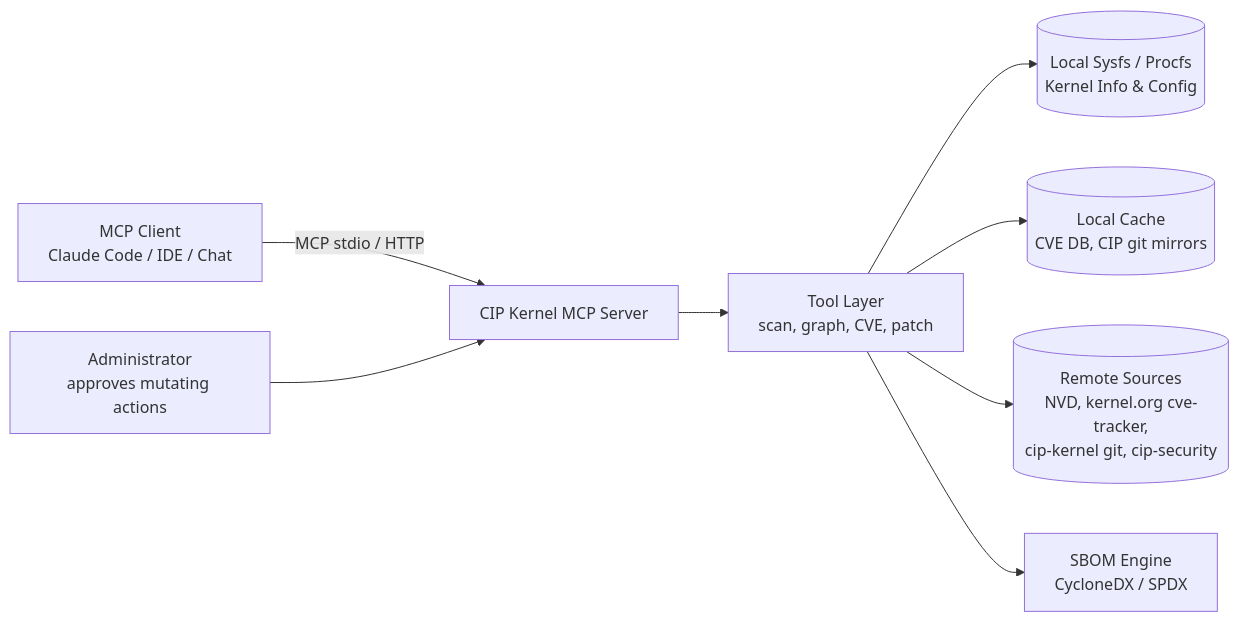
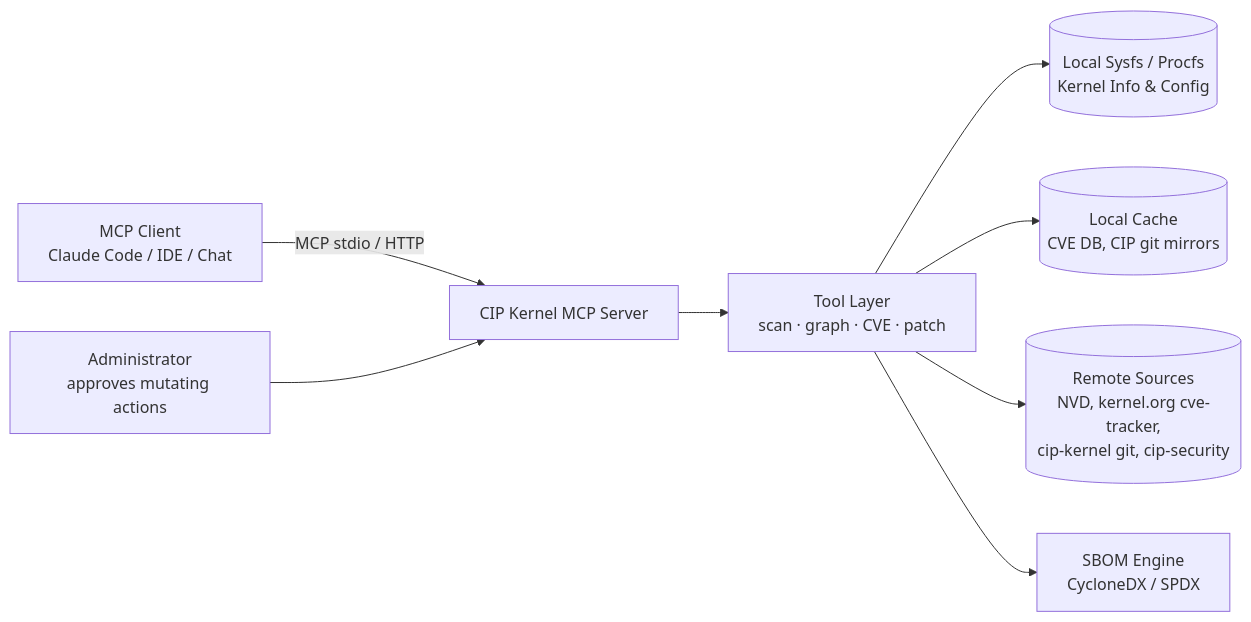
Before and after one commit to 0x00000109/cip-kernel-mcp-server: the diagram in README.md, drawn with Mermaid. The commit also changed other lines of this file and 3 other files, not shown here.

````diff
--- a/README.md
+++ b/README.md
@@ -44,10 +44,10 @@
 ```mermaid
 flowchart LR
-    A[MCP Client\nClaude Code / IDE / Chat] -->|MCP stdio / HTTP| B[CIP Kernel MCP Server]
-    B --> C[Tool Layer\nscan, graph, CVE, patch]
-    C --> D[(Local Sysfs / Procfs\nKernel Info & Config)]
-    C --> E[(Local Cache\nCVE DB, CIP git mirrors)]
-    C --> F[(Remote Sources\nNVD, kernel.org cve-tracker,\ncip-kernel git, cip-security)]
-    C --> G[SBOM Engine\nCycloneDX / SPDX]
-    H[Administrator\napproves mutating actions] --> B
+    A["MCP Client<br/>Claude Code / IDE / Chat"] -->|MCP stdio / HTTP| B["CIP Kernel MCP Server"]
+    B --> C["Tool Layer<br/>scan · graph · CVE · patch"]
+    C --> D[("Local Sysfs / Procfs<br/>Kernel Info & Config")]
+    C --> E[("Local Cache<br/>CVE DB, CIP git mirrors")]
+    C --> F[("Remote Sources<br/>NVD, kernel.org cve-tracker,<br/>cip-kernel git, cip-security")]
+    C --> G["SBOM Engine<br/>CycloneDX / SPDX"]
+    H["Administrator<br/>approves mutating actions"] --> B
 ```
````
